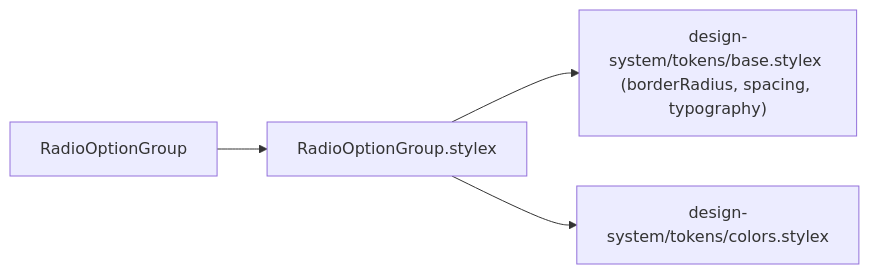
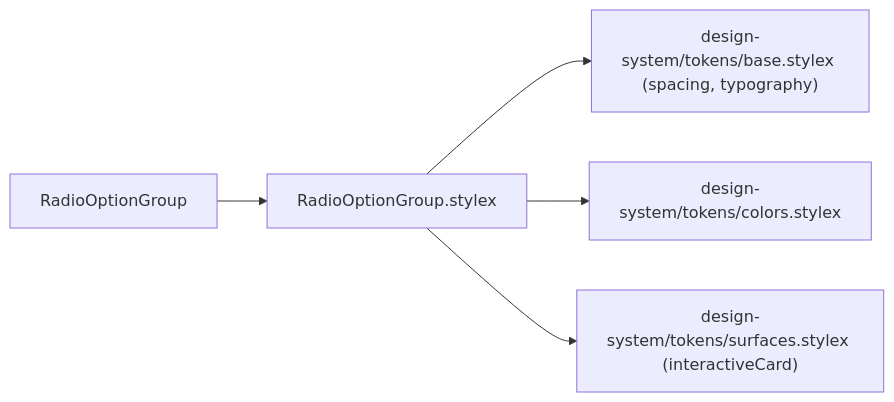
Before and after one commit to luciocabrera/lcabrera-stack: the first of 3 diagrams in packages/ui/src/components/RadioOptionGroup/ARCHITECTURE.md, drawn with Mermaid. The commit also changed other lines of this file and 11 other files, not shown here.

First line of the commit message:
feat(ui): one shared interactive card surface for rows and option cards (#485)

````diff
--- a/packages/ui/src/components/RadioOptionGroup/ARCHITECTURE.md
+++ b/packages/ui/src/components/RadioOptionGroup/ARCHITECTURE.md
@@ -17,6 +17,7 @@
 ```mermaid
 graph LR
   ROG["RadioOptionGroup"] --> ROG_stylex["RadioOptionGroup.stylex"]
-  ROG_stylex --> base_tokens["design-system/tokens/base.stylex (borderRadius, spacing, typography)"]
+  ROG_stylex --> base_tokens["design-system/tokens/base.stylex (spacing, typography)"]
   ROG_stylex --> colors["design-system/tokens/colors.stylex"]
+  ROG_stylex --> surfaces["design-system/tokens/surfaces.stylex (interactiveCard)"]
 ```
````
